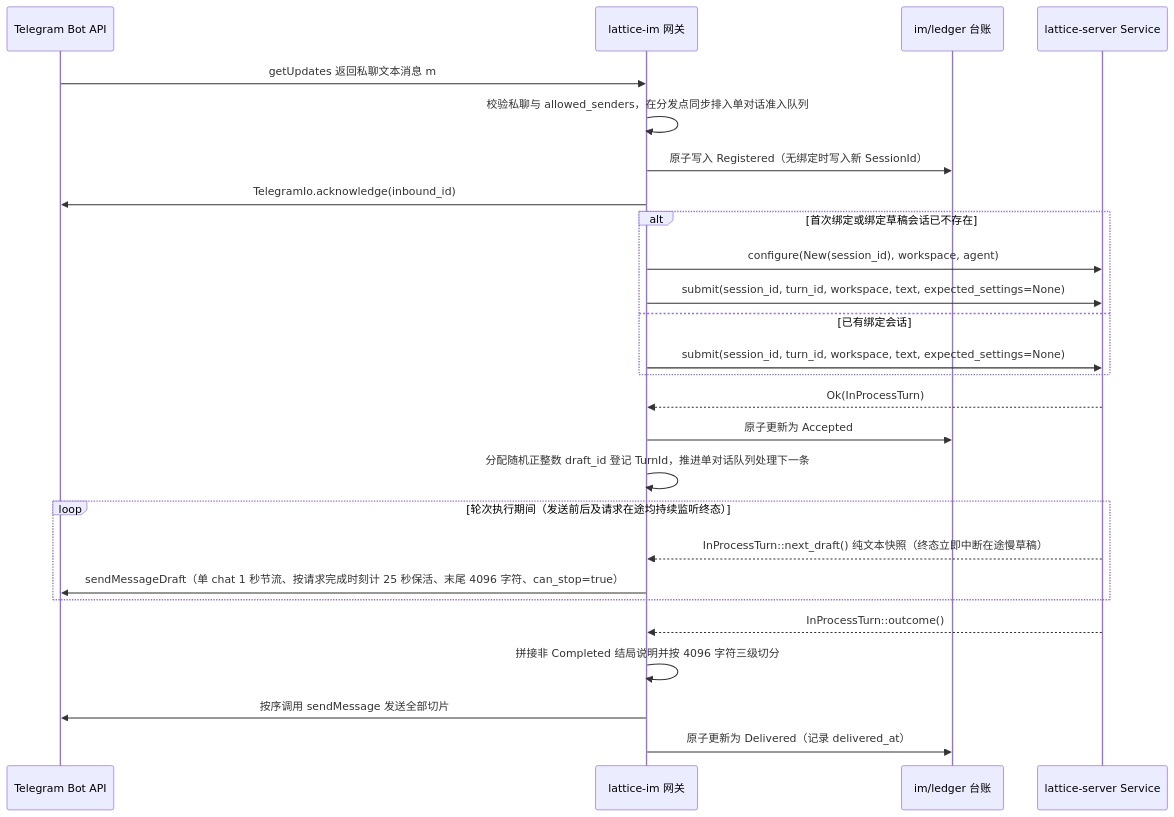
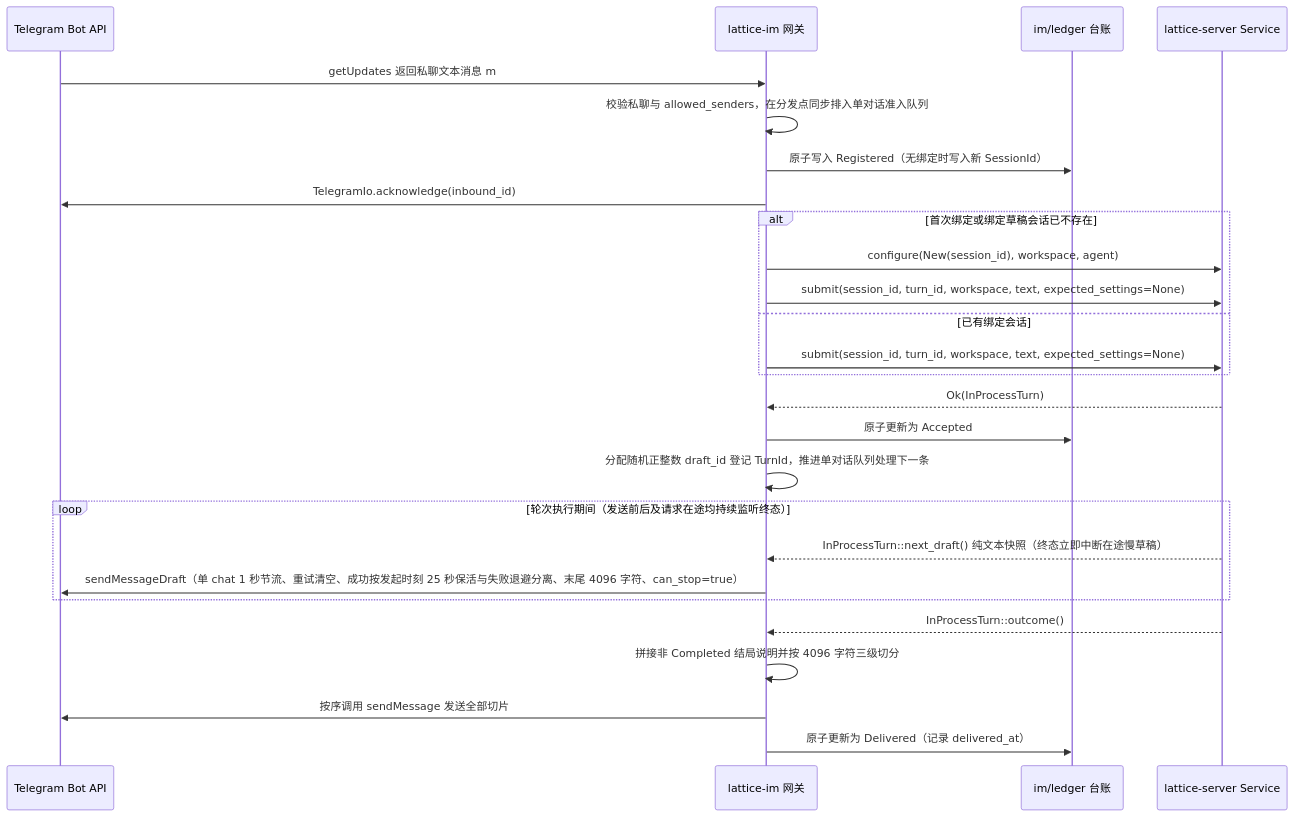
One commit to Skyline10124/lattice changed the first of 2 diagrams in docs/architecture/im.md. Above: the diagram before and after it, drawn with Mermaid. The commit also changed 3 other files, not shown here.

````diff
--- a/docs/architecture/im.md
+++ b/docs/architecture/im.md
@@ -82,29 +82,29 @@
 ```mermaid
 sequenceDiagram
     participant TG as Telegram Bot API
     participant IM as lattice-im 网关
     participant LG as im/ledger 台账
     participant SV as lattice-server Service
 
     TG->>IM: getUpdates 返回私聊文本消息 m
     IM->>IM: 校验私聊与 allowed_senders，在分发点同步排入单对话准入队列
     IM->>LG: 原子写入 Registered（无绑定时写入新 SessionId）
     IM->>TG: TelegramIo.acknowledge(inbound_id)
     alt 首次绑定或绑定草稿会话已不存在
         IM->>SV: configure(New(session_id), workspace, agent)
         IM->>SV: submit(session_id, turn_id, workspace, text, expected_settings=None)
     else 已有绑定会话
         IM->>SV: submit(session_id, turn_id, workspace, text, expected_settings=None)
     end
     SV-->>IM: Ok(InProcessTurn)
     IM->>LG: 原子更新为 Accepted
     IM->>IM: 分配随机正整数 draft_id 登记 TurnId，推进单对话队列处理下一条
     loop 轮次执行期间（发送前后及请求在途均持续监听终态）
         SV-->>IM: InProcessTurn::next_draft() 纯文本快照（终态立即中断在途慢草稿）
-        IM->>TG: sendMessageDraft（单 chat 1 秒节流、按请求完成时刻计 25 秒保活、末尾 4096 字符、can_stop=true）
+        IM->>TG: sendMessageDraft（单 chat 1 秒节流、重试清空、成功按发起时刻 25 秒保活与失败退避分离、末尾 4096 字符、can_stop=true）
     end
     SV-->>IM: InProcessTurn::outcome()
     IM->>IM: 拼接非 Completed 结局说明并按 4096 字符三级切分
     IM->>TG: 按序调用 sendMessage 发送全部切片
     IM->>LG: 原子更新为 Delivered（记录 delivered_at）
 ```
````
